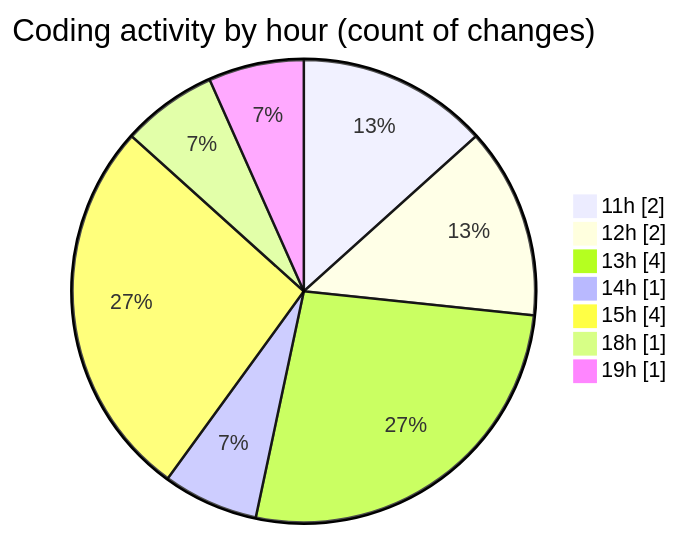
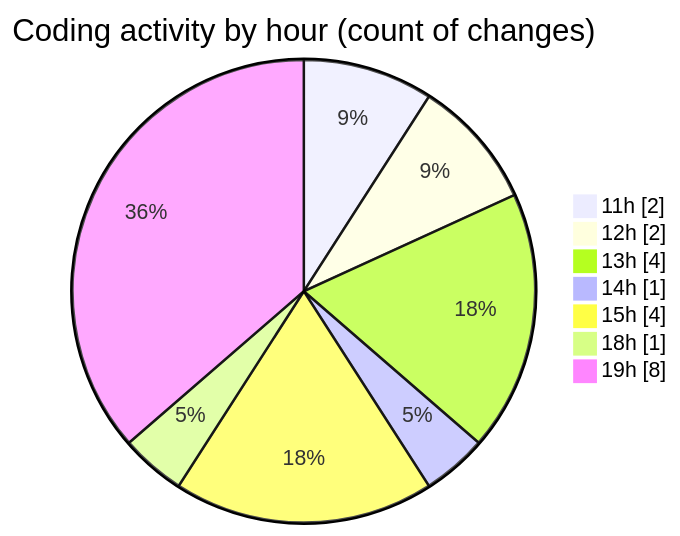
The second of 2 diagrams in 2025-07-02/argos/README.md (nxtqubesakshisongat/code-tracking), drawn with Mermaid before and after one commit. The commit also changed other lines of this file and 1 other file, not shown here.

````diff
--- a/2025-07-02/argos/README.md
+++ b/2025-07-02/argos/README.md
@@ -34,11 +35,11 @@
 ```mermaid
 pie showData
 title Coding activity by hour (count of changes)
 "11h" : 2
 "12h" : 2
 "13h" : 4
 "14h" : 1
 "15h" : 4
 "18h" : 1
-"19h" : 1
+"19h" : 8
 ```
````
